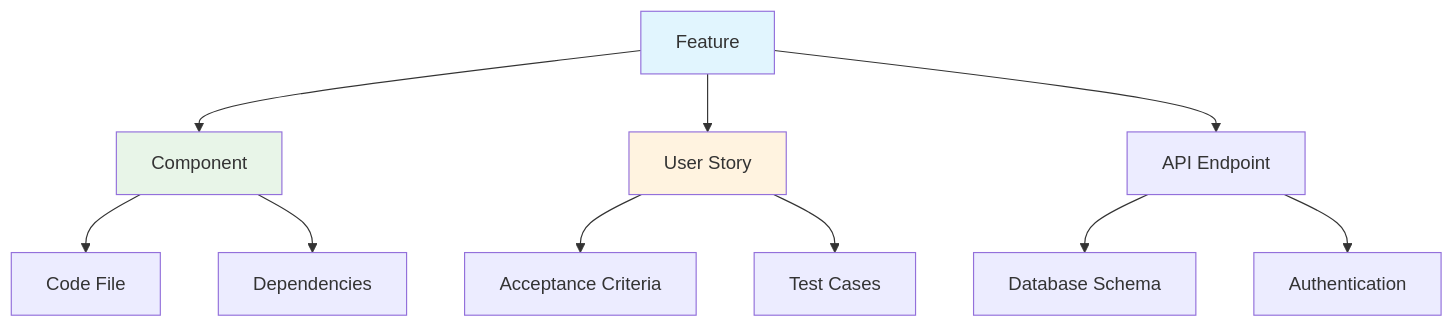
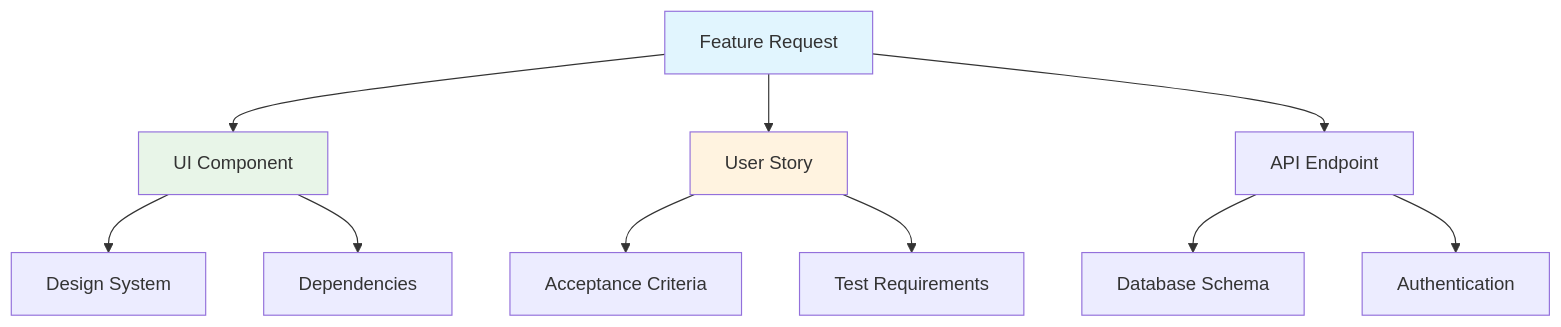
One commit to devplaninc/docs changed the third of 5 diagrams in docs/architecture.md. Above: the diagram before and after it, drawn with Mermaid. The commit also changed other lines of this file and 7 other files, not shown here.

````diff
--- a/docs/architecture.md
+++ b/docs/architecture.md
@@ -154,19 +165,19 @@
 ```mermaid
 graph TD
-    A[Feature] --> B[Component]
+    A[Feature Request] --> B[UI Component]
     A --> C[User Story]
     A --> D[API Endpoint]
 
-    B --> E[Code File]
+    B --> E[Design System]
     B --> F[Dependencies]
 
     C --> G[Acceptance Criteria]
-    C --> H[Test Cases]
+    C --> H[Test Requirements]
 
     D --> I[Database Schema]
     D --> J[Authentication]
 
     style A fill:#e1f5fe
     style B fill:#e8f5e8
     style C fill:#fff3e0
 ```
````
